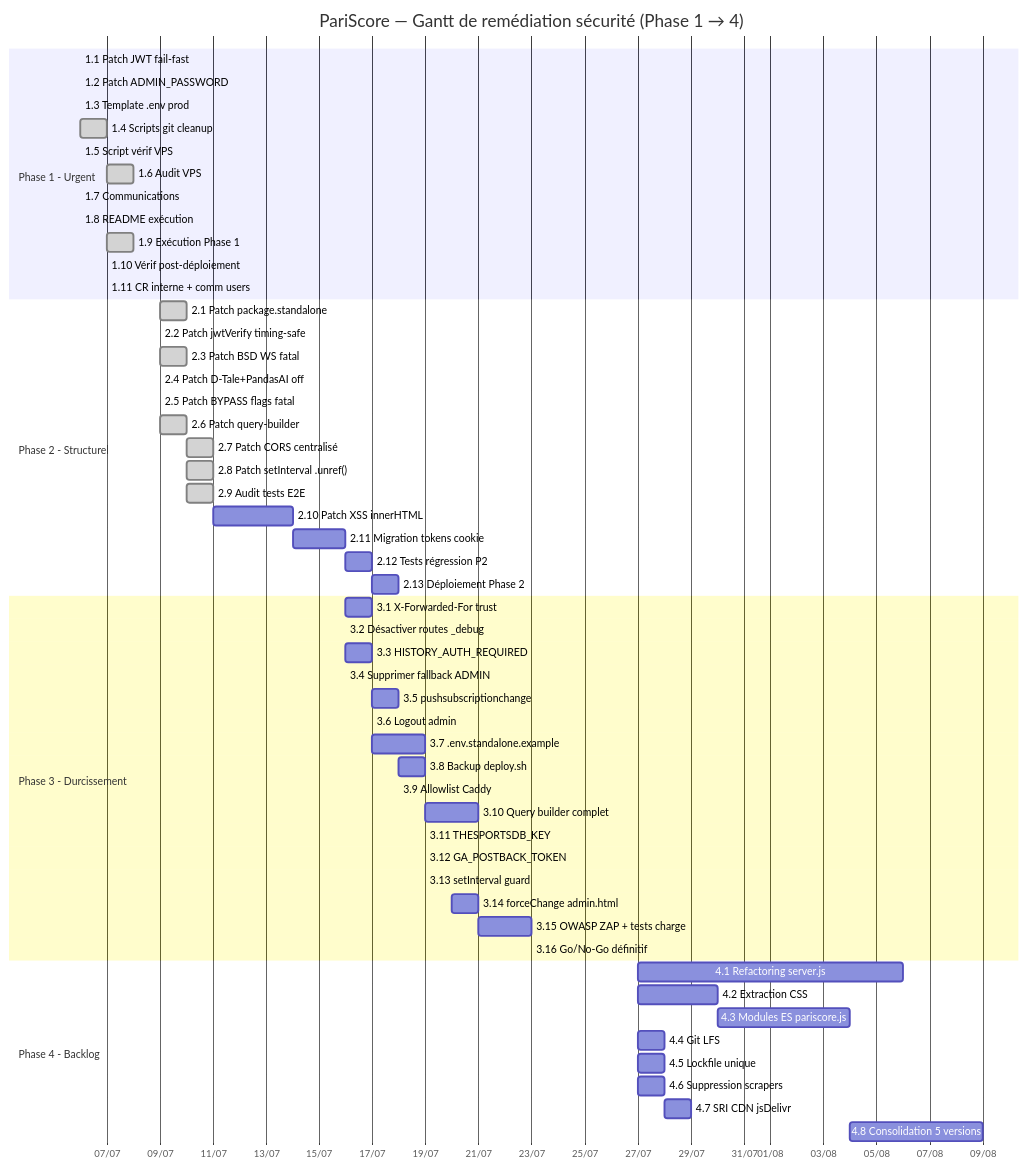
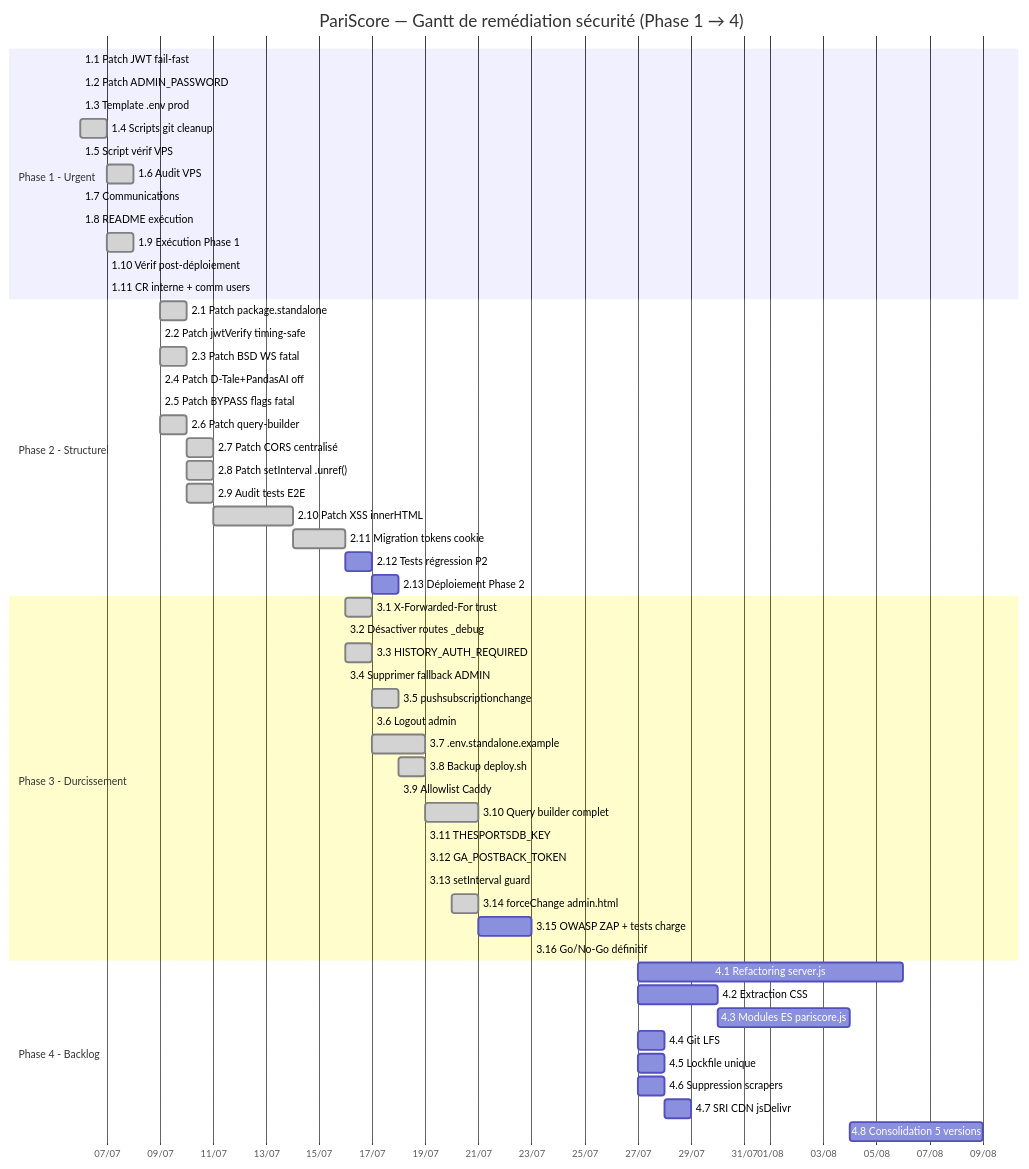
Before and after one commit to davidpiontransactions-eng/pariscore: the third of 3 diagrams in GANTT.md, drawn with Mermaid. The commit also changed other lines of this file and 8 other files, not shown here.

Commit message:
fix(secu): Phase 3 gantt 3.1-3.14 + P2-E XSS + P2-F tokens

````diff
--- a/GANTT.md
+++ b/GANTT.md
@@ -521,62 +521,62 @@
 ```mermaid
 gantt
     title PariScore — Gantt de remédiation sécurité (Phase 1 → 4)
     dateFormat YYYY-MM-DD
     axisFormat %d/%m
 
     section Phase 1 - Urgent
     1.1 Patch JWT fail-fast          :done, p1-1, 2026-07-06, 0.25d
     1.2 Patch ADMIN_PASSWORD         :done, p1-2, 2026-07-06, 0.25d
     1.3 Template .env prod           :done, p1-3, 2026-07-06, 0.15d
     1.4 Scripts git cleanup          :done, p1-4, 2026-07-06, 0.5d
     1.5 Script vérif VPS             :done, p1-5, 2026-07-06, 0.25d
     1.6 Audit VPS                    :done, p1-6, 2026-07-07, 0.5d
     1.7 Communications               :done, p1-7, 2026-07-06, 0.25d
     1.8 README exécution             :done, p1-8, 2026-07-06, 0.15d
     1.9 Exécution Phase 1            :done, p1-9, 2026-07-07, 1d
     1.10 Vérif post-déploiement      :done, p1-10, 2026-07-07, 0.25d
     1.11 CR interne + comm users     :active, p1-11, 2026-07-07, 0.25d
 
     section Phase 2 - Structurel
     2.1 Patch package.standalone     :done, p2-1, 2026-07-09, 0.5d
     2.2 Patch jwtVerify timing-safe  :done, p2-2, 2026-07-09, 0.25d
     2.3 Patch BSD WS fatal           :done, p2-3, 2026-07-09, 0.5d
     2.4 Patch D-Tale+PandasAI off    :done, p2-4, 2026-07-09, 0.25d
     2.5 Patch BYPASS flags fatal     :done, p2-5, 2026-07-09, 0.15d
     2.6 Patch query-builder          :done, p2-6, 2026-07-09, 0.5d
     2.7 Patch CORS centralisé        :done, p2-7, 2026-07-10, 1d
     2.8 Patch setInterval .unref()   :done, p2-8, 2026-07-10, 0.5d
     2.9 Audit tests E2E              :done, p2-9, 2026-07-10, 0.5d
-    2.10 Patch XSS innerHTML         :p2-10, 2026-07-11, 3d
-    2.11 Migration tokens cookie     :p2-11, after p2-10, 1.5d
+    2.10 Patch XSS innerHTML         :done, p2-10, 2026-07-11, 3d
+    2.11 Migration tokens cookie     :done, p2-11, after p2-10, 1.5d
     2.12 Tests régression P2         :p2-12, after p2-11, 1d
     2.13 Déploiement Phase 2         :p2-13, after p2-12, 0.5d
 
     section Phase 3 - Durcissement
-    3.1 X-Forwarded-For trust        :p3-1, 2026-07-16, 0.5d
-    3.2 Désactiver routes _debug     :p3-2, 2026-07-16, 0.25d
-    3.3 HISTORY_AUTH_REQUIRED        :p3-3, 2026-07-16, 0.5d
-    3.4 Supprimer fallback ADMIN     :p3-4, 2026-07-16, 0.15d
-    3.5 pushsubscriptionchange       :p3-5, 2026-07-17, 0.5d
-    3.6 Logout admin                 :p3-6, 2026-07-17, 0.25d
-    3.7 .env.standalone.example      :p3-7, 2026-07-17, 2d
-    3.8 Backup deploy.sh             :p3-8, 2026-07-18, 0.5d
-    3.9 Allowlist Caddy              :p3-9, 2026-07-18, 0.25d
-    3.10 Query builder complet       :p3-10, 2026-07-19, 2d
-    3.11 THESPORTSDB_KEY             :p3-11, 2026-07-19, 0.25d
-    3.12 GA_POSTBACK_TOKEN           :p3-12, 2026-07-19, 0.15d
-    3.13 setInterval guard           :p3-13, 2026-07-19, 0.25d
-    3.14 forceChange admin.html      :p3-14, 2026-07-20, 0.5d
+    3.1 X-Forwarded-For trust        :done, p3-1, 2026-07-16, 0.5d
+    3.2 Désactiver routes _debug     :done, p3-2, 2026-07-16, 0.25d
+    3.3 HISTORY_AUTH_REQUIRED        :done, p3-3, 2026-07-16, 0.5d
+    3.4 Supprimer fallback ADMIN     :done, p3-4, 2026-07-16, 0.15d
+    3.5 pushsubscriptionchange       :done, p3-5, 2026-07-17, 0.5d
+    3.6 Logout admin                 :done, p3-6, 2026-07-17, 0.25d
+    3.7 .env.standalone.example      :done, p3-7, 2026-07-17, 2d
+    3.8 Backup deploy.sh             :done, p3-8, 2026-07-18, 0.5d
+    3.9 Allowlist Caddy              :done, p3-9, 2026-07-18, 0.25d
+    3.10 Query builder complet       :done, p3-10, 2026-07-19, 2d
+    3.11 THESPORTSDB_KEY             :done, p3-11, 2026-07-19, 0.25d
+    3.12 GA_POSTBACK_TOKEN           :done, p3-12, 2026-07-19, 0.15d
+    3.13 setInterval guard           :done, p3-13, 2026-07-19, 0.25d
+    3.14 forceChange admin.html      :done, p3-14, 2026-07-20, 0.5d
     3.15 OWASP ZAP + tests charge    :p3-15, 2026-07-21, 2d
     3.16 Go/No-Go définitif          :crit, p3-16, after p3-15, 0.25d
 
     section Phase 4 - Backlog
     4.1 Refactoring server.js        :p4-1, 2026-07-27, 10d
     4.2 Extraction CSS               :p4-2, 2026-07-27, 3d
     4.3 Modules ES pariscore.js      :p4-3, after p4-2, 5d
     4.4 Git LFS                      :p4-4, 2026-07-27, 1d
     4.5 Lockfile unique              :p4-5, 2026-07-27, 0.5d
     4.6 Suppression scrapers         :p4-6, 2026-07-27, 1d
     4.7 SRI CDN jsDelivr             :p4-7, 2026-07-28, 0.5d
     4.8 Consolidation 5 versions     :p4-8, after p4-3, 5d
 ```
````
